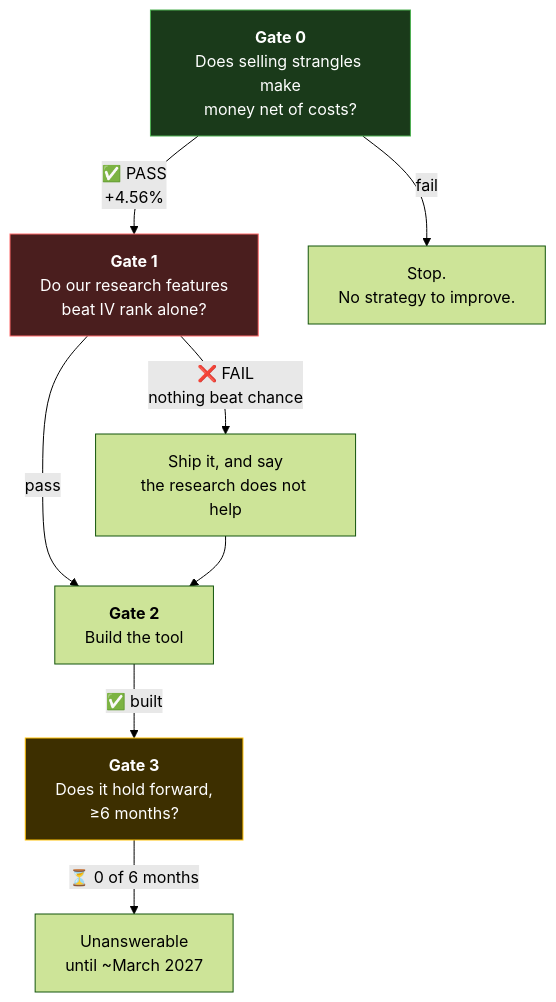
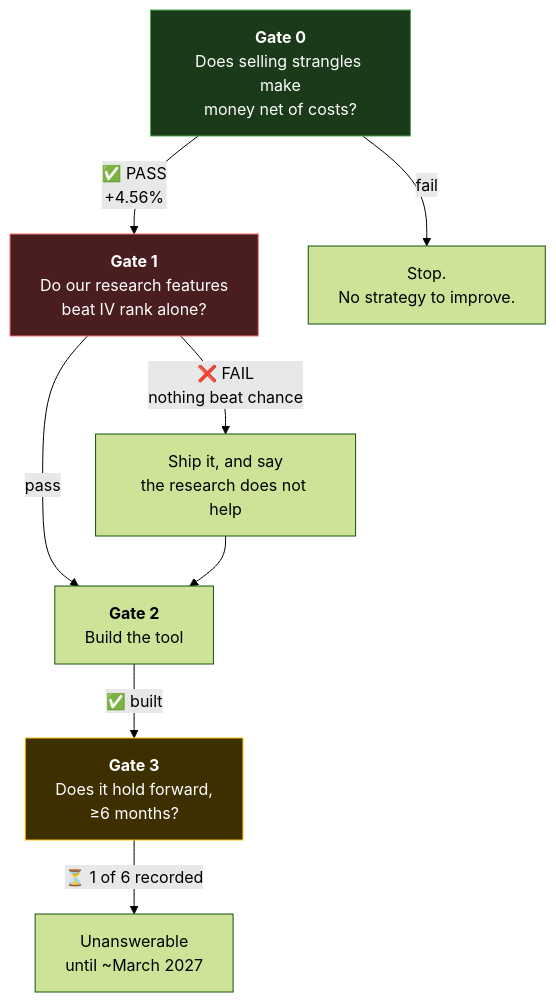
Before and after one commit to Yalt8826/MarketMomentum: the second of 2 diagrams in docs/understanding/v1/19-the-four-gates.md, drawn with Mermaid (forest theme). The commit also changed other lines of this file and 15 other files, not shown here.

````diff
--- a/docs/understanding/v1/19-the-four-gates.md
+++ b/docs/understanding/v1/19-the-four-gates.md
@@ -98,21 +98,21 @@
 ```mermaid
 flowchart TB
     G0["<b>Gate 0</b><br/>Does selling strangles make<br/>money net of costs?"]
     G1["<b>Gate 1</b><br/>Do our research features<br/>beat IV rank alone?"]
     G2["<b>Gate 2</b><br/>Build the tool"]
     G3["<b>Gate 3</b><br/>Does it hold forward,<br/>≥6 months?"]
     STOP["Stop.<br/>No strategy to improve."]
     HONEST["Ship it, and say<br/>the research does not help"]
 
     G0 -->|"✅ PASS<br/>+4.56%"| G1
     G0 -->|fail| STOP
     G1 -->|"❌ FAIL<br/>nothing beat chance"| HONEST
     G1 -->|pass| G2
     HONEST --> G2
     G2 -->|"✅ built"| G3
-    G3 -->|"⏳ 0 of 6 months"| PEND["Unanswerable<br/>until ~March 2027"]
+    G3 -->|"⏳ 1 of 6 recorded"| PEND["Unanswerable<br/>until ~March 2027"]
 
     style G0 fill:#1a3a1a,stroke:#4caf50,color:#fff
     style G1 fill:#4a1e1e,stroke:#ff6b6b,color:#fff
     style G3 fill:#3d2f00,stroke:#ffc107,color:#fff
 ```
````
